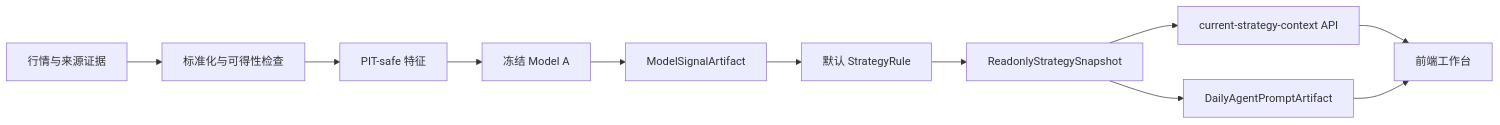
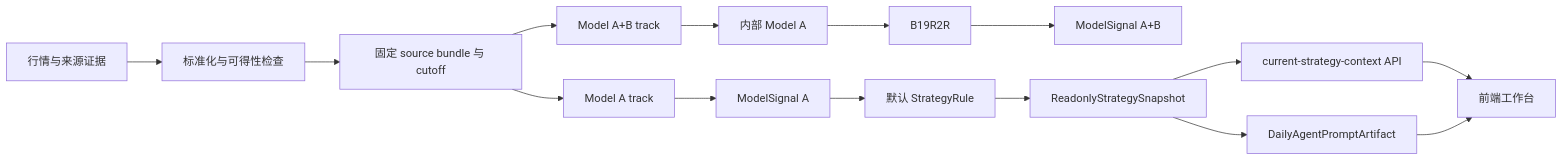
The third of 6 diagrams in docs/tw_modular_contracts/TW_PROJECT_MODULE_MAP_AND_FLOW_CN.md (charliecly0416/taiwan-stock-quant-platform), drawn with Mermaid before and after one commit. The commit also changed other lines of this file and 34 other files, not shown here.

````diff
--- a/docs/tw_modular_contracts/TW_PROJECT_MODULE_MAP_AND_FLOW_CN.md
+++ b/docs/tw_modular_contracts/TW_PROJECT_MODULE_MAP_AND_FLOW_CN.md
@@ -654,13 +655,17 @@
 ```mermaid
 flowchart LR
     D[行情与来源证据] --> N[标准化与可得性检查]
-    N --> F[PIT-safe 特征]
-    F --> A[冻结 Model A]
-    A --> S[ModelSignalArtifact]
-    S --> R[默认 StrategyRule]
+    N --> Q[固定 source bundle 与 cutoff]
+    Q --> A[Model A track]
+    Q --> AB[Model A+B track]
+    AB --> AI[内部 Model A]
+    AI --> B[B19R2R]
+    A --> SA[ModelSignal A]
+    B --> SB[ModelSignal A+B]
+    SA --> R[默认 StrategyRule]
     R --> V[ReadonlyStrategySnapshot]
     V --> C[current-strategy-context API]
     V --> G[DailyAgentPromptArtifact]
     C --> U[前端工作台]
     G --> U
 ```
````
